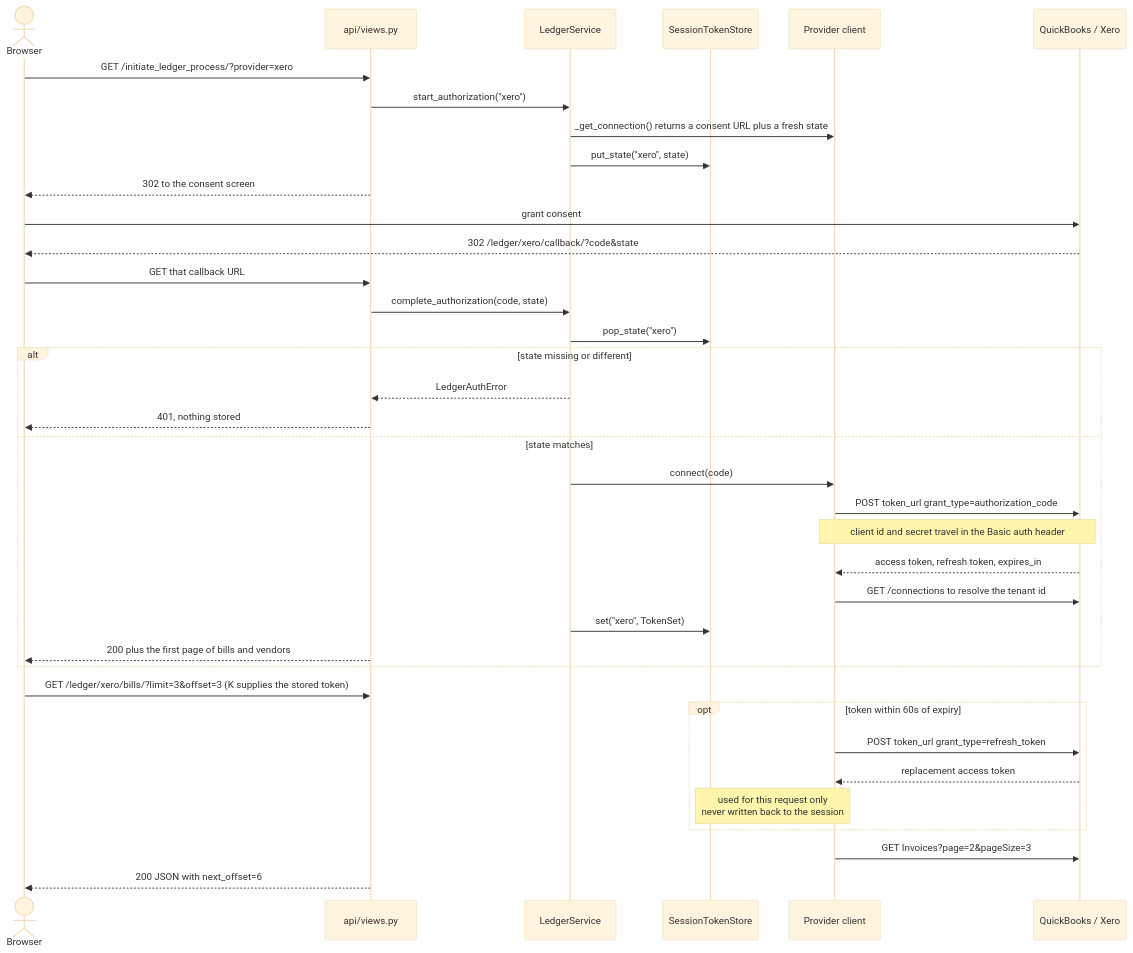
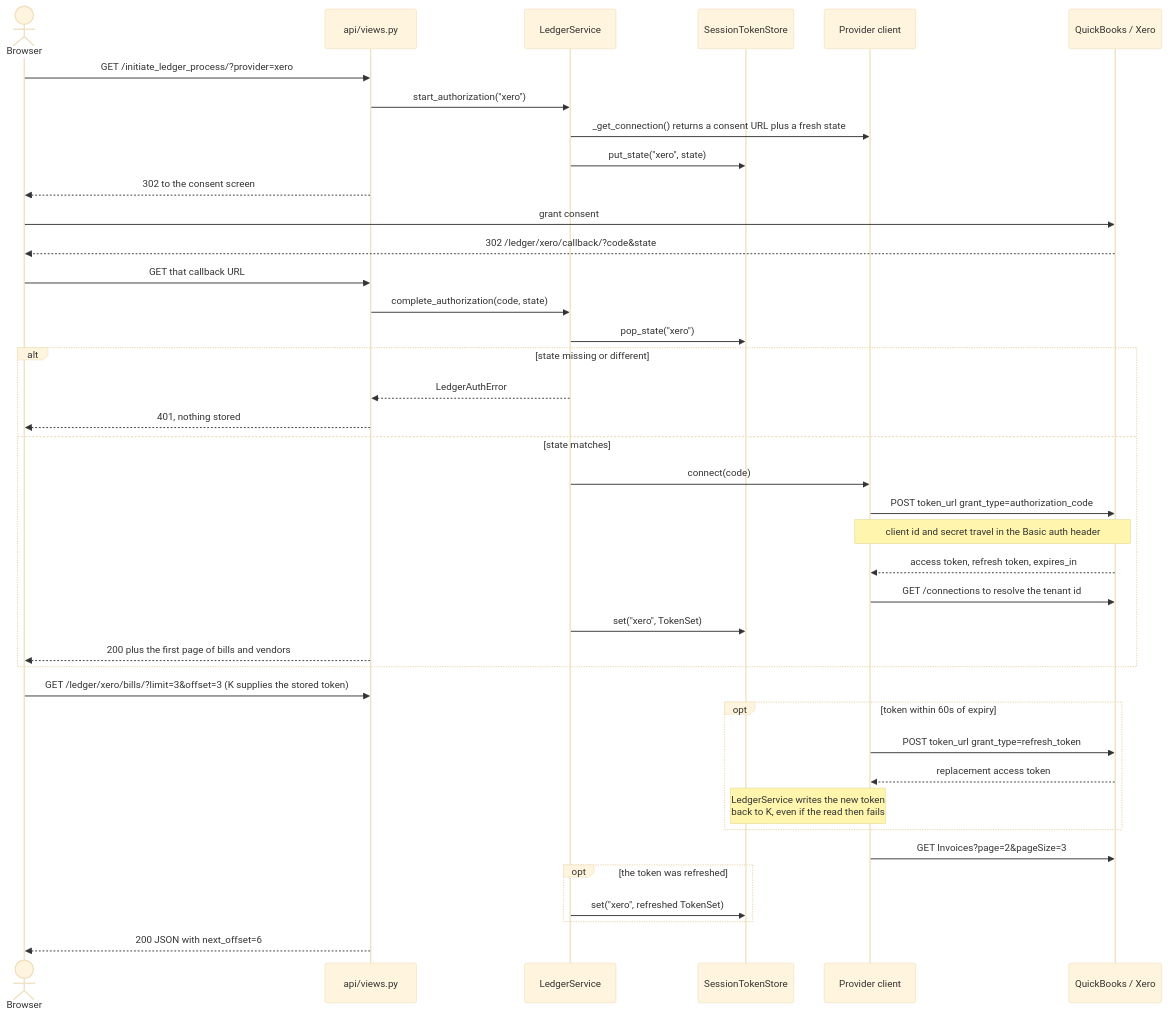
Before and after one commit to dev-mnadeem/accounting-ledger-bridge: the diagram in README.md, drawn with Mermaid (base theme). The commit also changed other lines of this file and 6 other files, not shown here.

````diff
--- a/README.md
+++ b/README.md
@@ -40,41 +40,44 @@
 ```mermaid
 sequenceDiagram
     actor B as Browser
     participant V as api/views.py
     participant S as LedgerService
     participant K as SessionTokenStore
     participant C as Provider client
     participant P as QuickBooks / Xero
 
     B->>V: GET /initiate_ledger_process/?provider=xero
     V->>S: start_authorization("xero")
     S->>C: _get_connection() returns a consent URL plus a fresh state
     S->>K: put_state("xero", state)
     V-->>B: 302 to the consent screen
     B->>P: grant consent
     P-->>B: 302 /ledger/xero/callback/?code&state
     B->>V: GET that callback URL
     V->>S: complete_authorization(code, state)
     S->>K: pop_state("xero")
     alt state missing or different
         S-->>V: LedgerAuthError
         V-->>B: 401, nothing stored
     else state matches
         S->>C: connect(code)
         C->>P: POST token_url grant_type=authorization_code
         Note over C,P: client id and secret travel in the Basic auth header
         P-->>C: access token, refresh token, expires_in
         C->>P: GET /connections to resolve the tenant id
         S->>K: set("xero", TokenSet)
 
         V-->>B: 200 plus the first page of bills and vendors
     end
     B->>V: GET /ledger/xero/bills/?limit=3&offset=3 (K supplies the stored token)
     opt token within 60s of expiry
         C->>P: POST token_url grant_type=refresh_token
         P-->>C: replacement access token
-        Note over C,K: used for this request only<br/>never written back to the session
+        Note over C,K: LedgerService writes the new token<br/>back to K, even if the read then fails
     end
     C->>P: GET Invoices?page=2&pageSize=3
+    opt the token was refreshed
+        S->>K: set("xero", refreshed TokenSet)
+    end
     V-->>B: 200 JSON with next_offset=6
 ```
````
